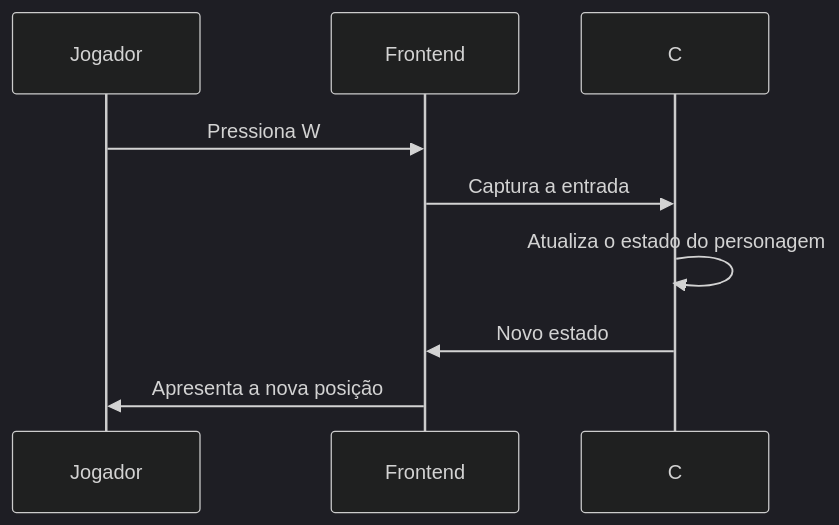
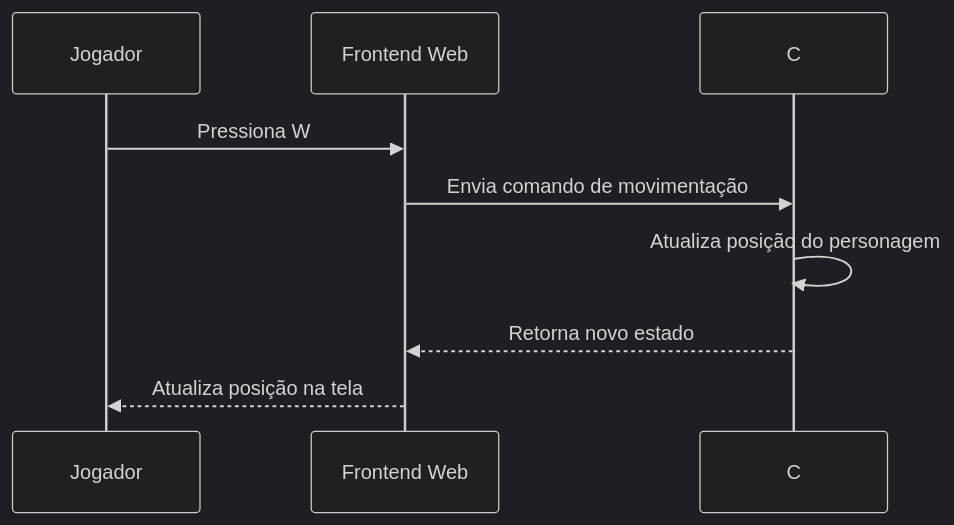
The sixth of 8 diagrams in Documentação/requisitos-modelagem-arquitetura.md (cms7-bot/DECIFRA.IA---Equipe-8), drawn with Mermaid (dark theme) before and after one commit. The commit also changed other lines of this file, not shown here.

````diff
--- a/Documentação/requisitos-modelagem-arquitetura.md
+++ b/Documentação/requisitos-modelagem-arquitetura.md
@@ -428,12 +426,12 @@
 ```mermaid
 sequenceDiagram
-participant J as Jogador
-participant F as Frontend
-participant C as C
+    participant J as Jogador
+    participant F as Frontend Web
+    participant C as C
 
-J->>F: Pressiona W
-F->>C: Captura a entrada
-C->>C: Atualiza o estado do personagem
-C->>F: Novo estado
-F->>J: Apresenta a nova posição
+    J->>F: Pressiona W
+    F->>C: Envia comando de movimentação
+    C->>C: Atualiza posição do personagem
+    C-->>F: Retorna novo estado
+    F-->>J: Atualiza posição na tela
 ```
````
